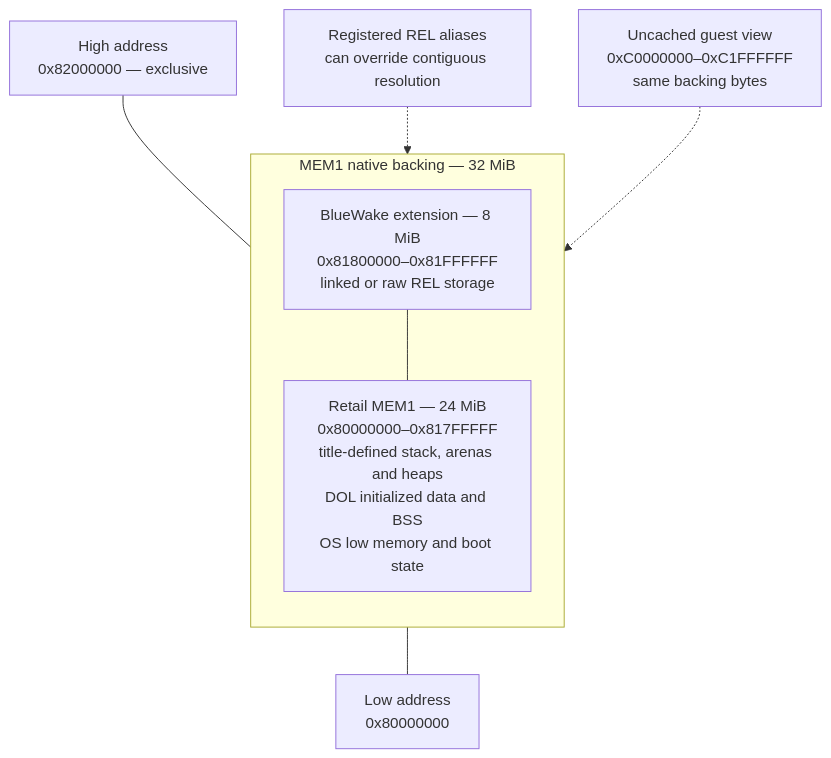
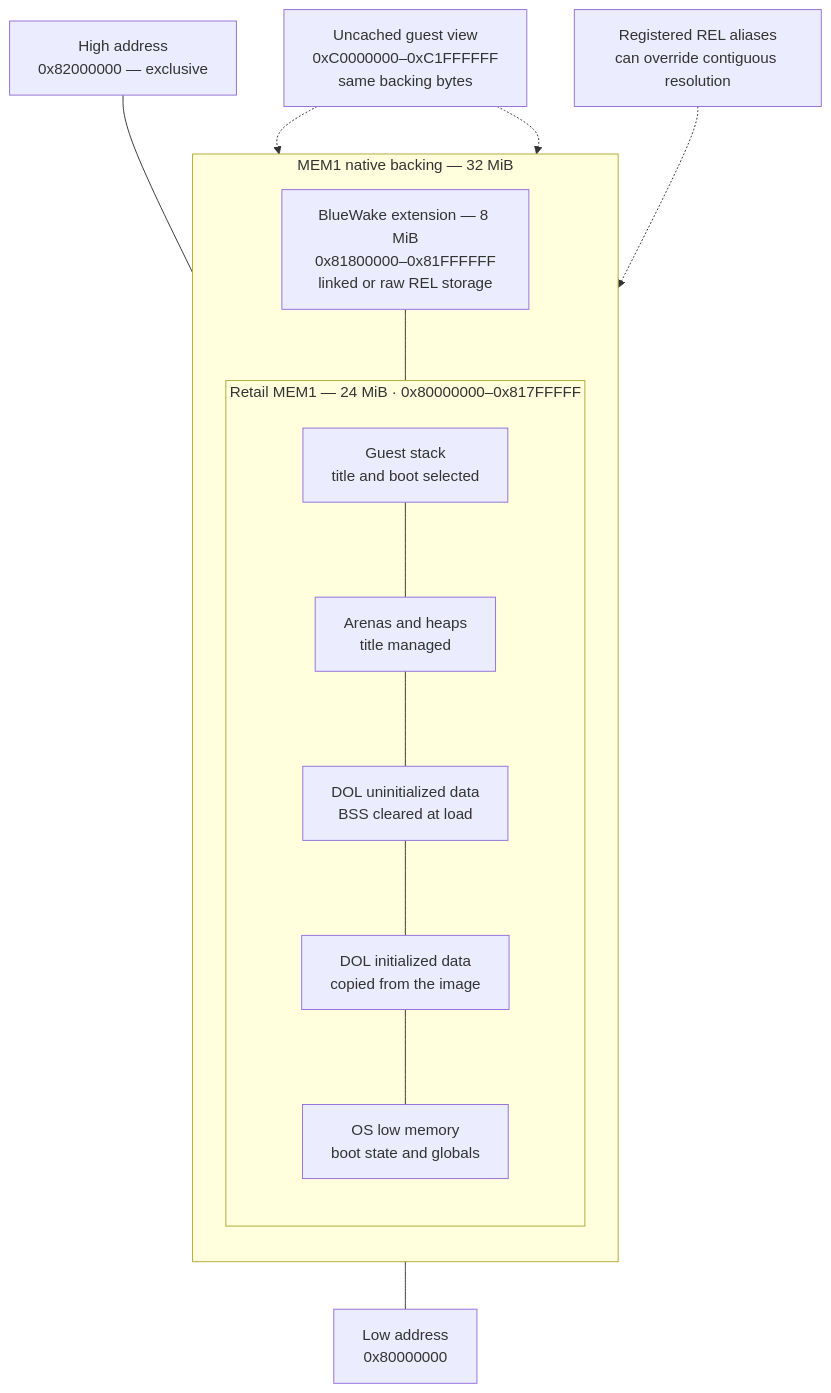
Before and after one commit to Aelbannan/boat_of_daphnes: the fourth of 6 diagrams in docs/architecture/GuestState.md, drawn with Mermaid. The commit also changed other lines of this file, not shown here.

Commit message:
docs: clarify MEM1 layout diagram

````diff
--- a/docs/architecture/GuestState.md
+++ b/docs/architecture/GuestState.md
@@ -449,30 +449,43 @@
 ```mermaid
 flowchart TB
     High["`High address
 0x82000000 — exclusive`"]
 
     subgraph Backing["MEM1 native backing — 32 MiB"]
         direction TB
         Extension["`BlueWake extension — 8 MiB
 0x81800000–0x81FFFFFF
 linked or raw REL storage`"]
-        Retail["`Retail MEM1 — 24 MiB
-0x80000000–0x817FFFFF
 
-title-defined stack, arenas and heaps
-DOL initialized data and BSS
-OS low memory and boot state`"]
+        subgraph Retail["Retail MEM1 — 24 MiB · 0x80000000–0x817FFFFF"]
+            direction TB
+            Stack["`Guest stack
+title and boot selected`"]
+            Arena["`Arenas and heaps
+title managed`"]
+            BSS["`DOL uninitialized data
+BSS cleared at load`"]
+            Data["`DOL initialized data
+copied from the image`"]
+            OS["`OS low memory
+boot state and globals`"]
+
+            Stack --- Arena --- BSS --- Data --- OS
+        end
     end
 
     Low["`Low address
 0x80000000`"]
     Mirror["`Uncached guest view
 0xC0000000–0xC1FFFFFF
 same backing bytes`"]
     Aliases["`Registered REL aliases
 can override contiguous resolution`"]
 
-    High --- Extension --- Retail --- Low
-    Mirror -.-> Backing
+    High --- Extension
+    Extension --- Stack
+    OS --- Low
+    Mirror -.-> Extension
+    Mirror -.-> Retail
     Aliases -.-> Extension
 ```
````
